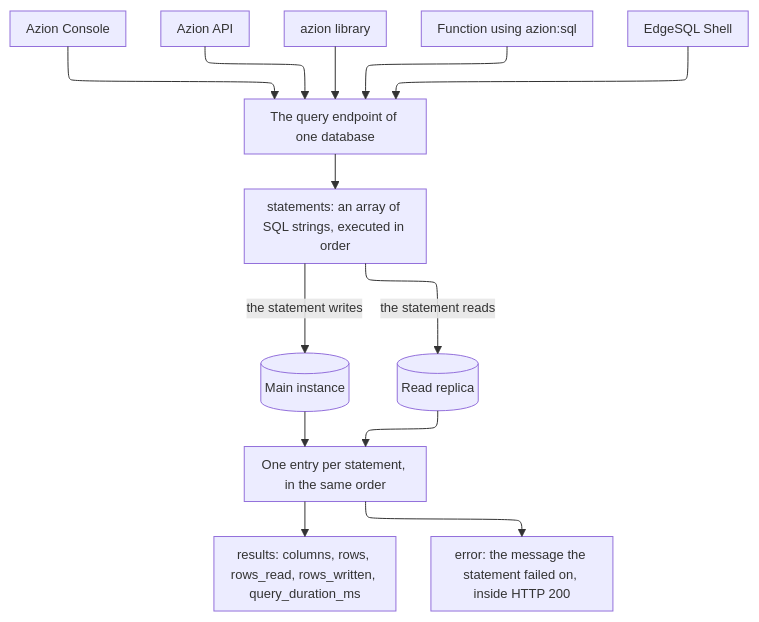
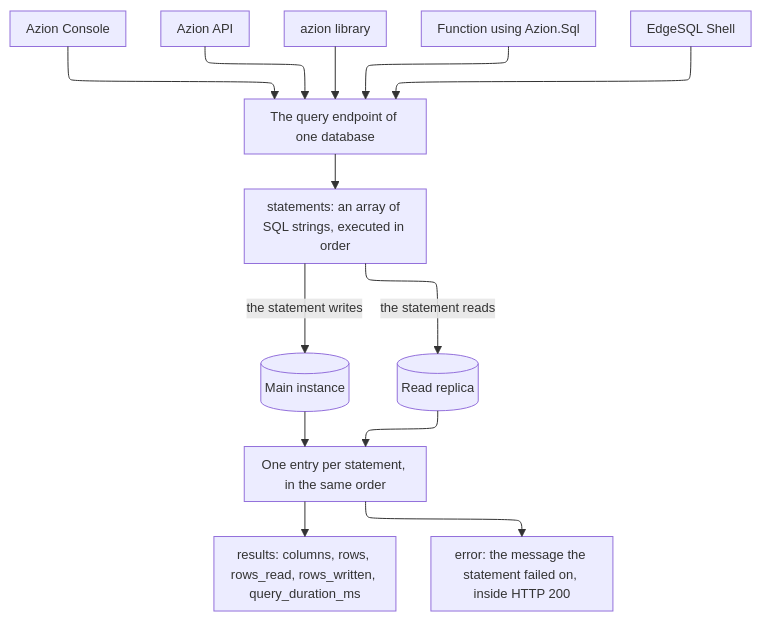
One commit to aziontech/docs changed the diagram in apps/docs/src/content/docs/en/pages/store/sql-database/how-it-works.mdx. Above: the diagram before and after it, drawn with Mermaid. The commit also changed other lines of this file and 77 other files, not shown here.

````diff
--- a/apps/docs/src/content/docs/en/pages/store/sql-database/how-it-works.mdx
+++ b/apps/docs/src/content/docs/en/pages/store/sql-database/how-it-works.mdx
@@ -55,16 +55,16 @@
 ```mermaid
 %%{init: {"layout": "elk", "themeVariables": {"fontSize": "13px"}, "flowchart": {"nodeSpacing": 24, "rankSpacing": 36, "padding": 8, "wrappingWidth": 150, "useMaxWidth": true}, "sequence": {"width": 120, "actorMargin": 30, "useMaxWidth": true}}}%%
 flowchart TD
   Console["Azion Console"] --> Endpoint["The query endpoint of one database"]
   Api["Azion API"] --> Endpoint
   Library["azion library"] --> Endpoint
-  FunctionCaller["Function using azion:sql"] --> Endpoint
+  FunctionCaller["Function using Azion.Sql"] --> Endpoint
   Shell["EdgeSQL Shell"] --> Endpoint
   Endpoint --> Statements["statements: an array of SQL strings, executed in order"]
   Statements -->|"the statement writes"| Main[("Main instance")]
   Statements -->|"the statement reads"| Replica[("Read replica")]
   Main --> Entry["One entry per statement, in the same order"]
   Replica --> Entry
   Entry --> Results["results: columns, rows, rows_read, rows_written, query_duration_ms"]
   Entry --> Error["error: the message the statement failed on, inside HTTP 200"]
 ```
````
